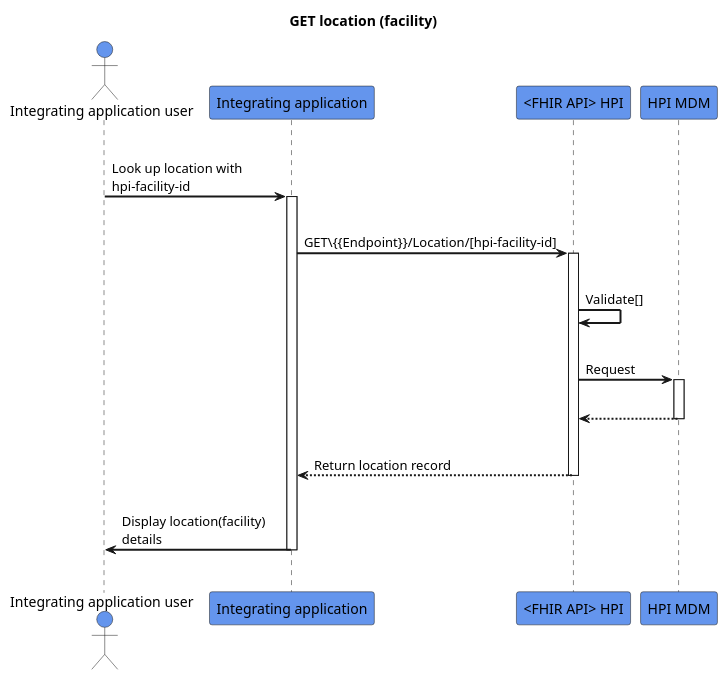
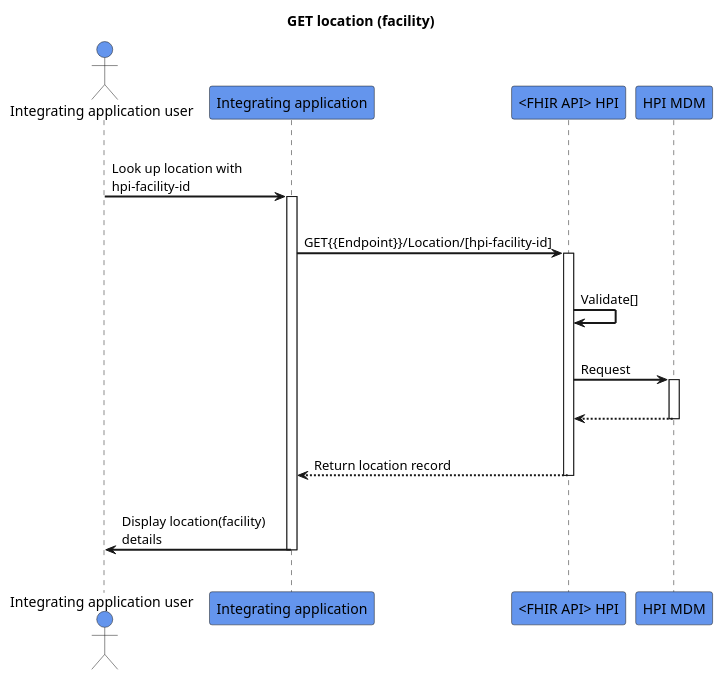
Before and after one commit to HL7NZ/hpi: the diagram in input/images-source/get-location.plantuml, drawn with PlantUML.

```diff
--- a/input/images-source/get-location.plantuml
+++ b/input/images-source/get-location.plantuml
@@ -1,33 +1,33 @@
 @startuml
 skinparam sequenceArrowThickness 2
 skinparam roundcorner 5
 skinparam maxmessagesize 180
 skinparam sequenceParticipant bold
 title GET location (facility) 
 actor "Integrating application user" as User #CornflowerBlue
 participant "Integrating application" as A #CornflowerBlue
 participant "<FHIR API> HPI" as B #CornflowerBlue
 participant "HPI MDM" as C #CornflowerBlue
 |||
 User -> A: Look up location with hpi-facility-id
 activate A
 |||
-A -> B: GET\{{Endpoint}}/Location/[hpi-facility-id]
+A -> B: GET{{Endpoint}}/Location/[hpi-facility-id]
 activate B
 |||
 B -> B: Validate[]
 |||
 B -> C: Request
 activate C
 |||
 
 C -[dashed]-> B:  
 deactivate C
 |||
 B -[dashed]-> A:Return location record
 deactivate B
 |||
 A -> User: Display location(facility) details
 deactivate A
 |||
 @enduml
```
